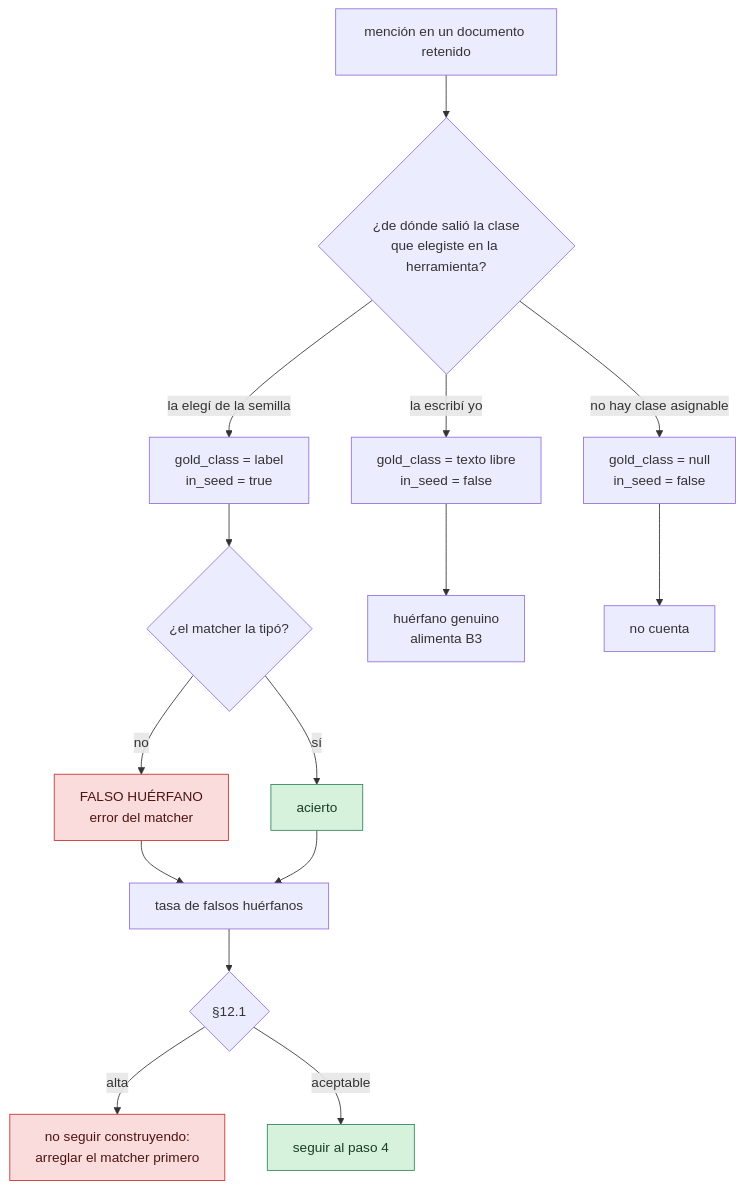
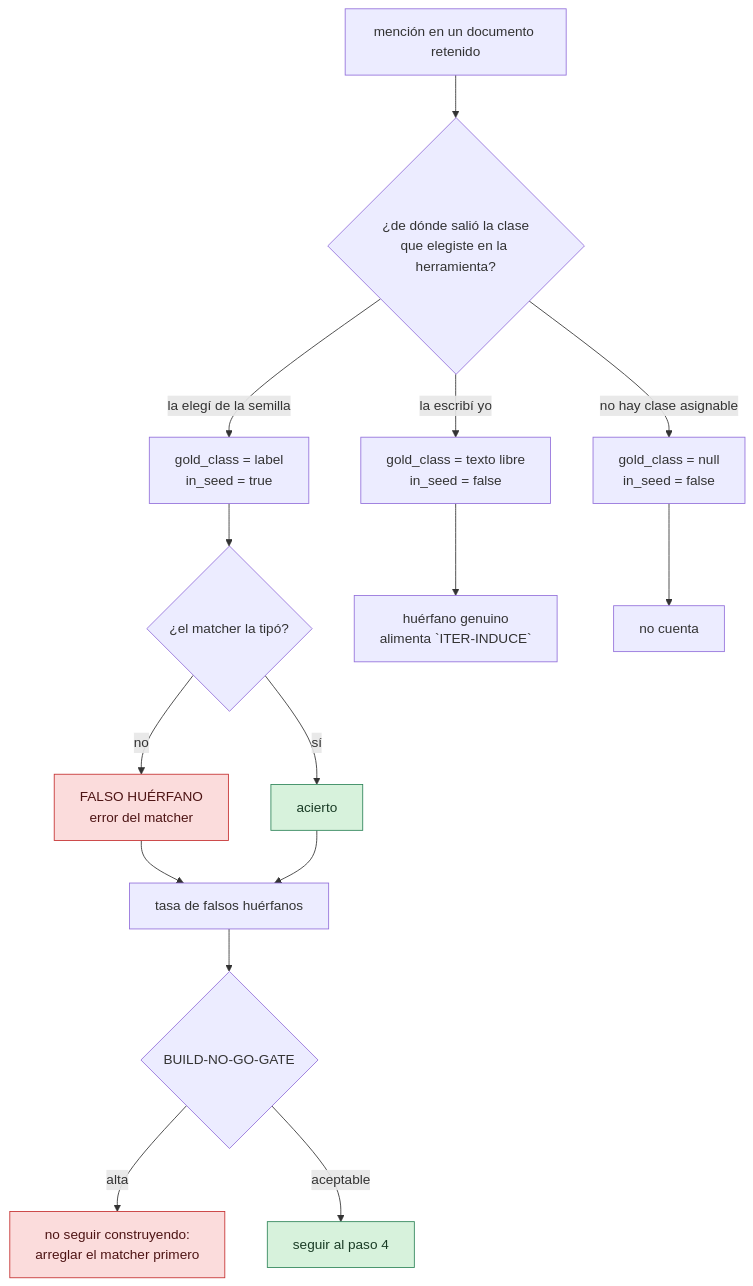
Before and after one commit to gonzatorte/ontology_and_llm_pipeline: the third of 3 diagrams in README.md, drawn with Mermaid. The commit also changed other lines of this file and 66 other files, not shown here.

````diff
--- a/README.md
+++ b/README.md
@@ -924,24 +954,24 @@
 ```mermaid
 flowchart TB
   M["mención en un documento retenido"] --> Q{"¿de dónde salió la clase<br/>que elegiste en la herramienta?"}
   Q -->|"la elegí de la semilla"| S["gold_class = label<br/>in_seed = true"]
   Q -->|"la escribí yo"| N["gold_class = texto libre<br/>in_seed = false"]
   Q -->|"no hay clase asignable"| X["gold_class = null<br/>in_seed = false"]
 
   S --> R{"¿el matcher la tipó?"}
   R -->|"sí"| HIT["acierto"]
   R -->|"no"| FO["FALSO HUÉRFANO<br/>error del matcher"]
-  N --> GO["huérfano genuino<br/>alimenta B3"]
+  N --> GO["huérfano genuino<br/>alimenta `ITER-INDUCE`"]
   X --> NC["no cuenta"]
 
   FO --> RATE["tasa de falsos huérfanos"]
   HIT --> RATE
-  RATE --> GATE{"§12.1"}
+  RATE --> GATE{"`BUILD-NO-GO-GATE`"}
   GATE -->|"alta"| STOP["no seguir construyendo:<br/>arreglar el matcher primero"]
   GATE -->|"aceptable"| GO2["seguir al paso 4"]
 
   classDef bad fill:#fbdcdc,stroke:#c53030,color:#4d1414
   classDef good fill:#d7f2dc,stroke:#2f855a,color:#1a3c26
   class FO,STOP bad
   class HIT,GO2 good
 ```
````
